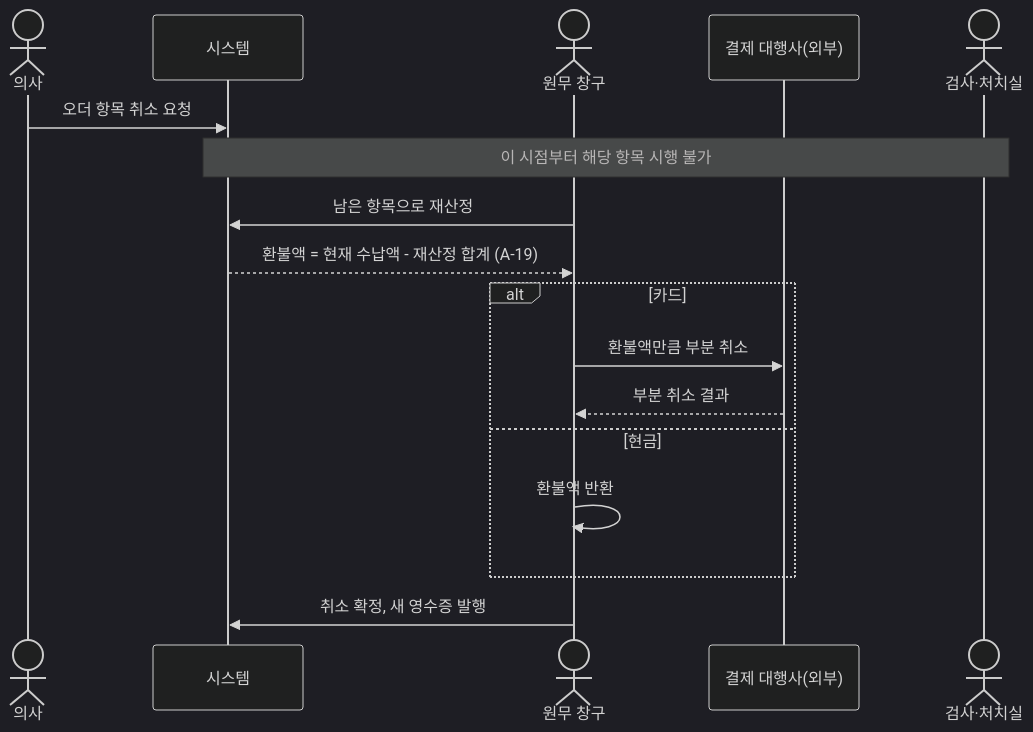
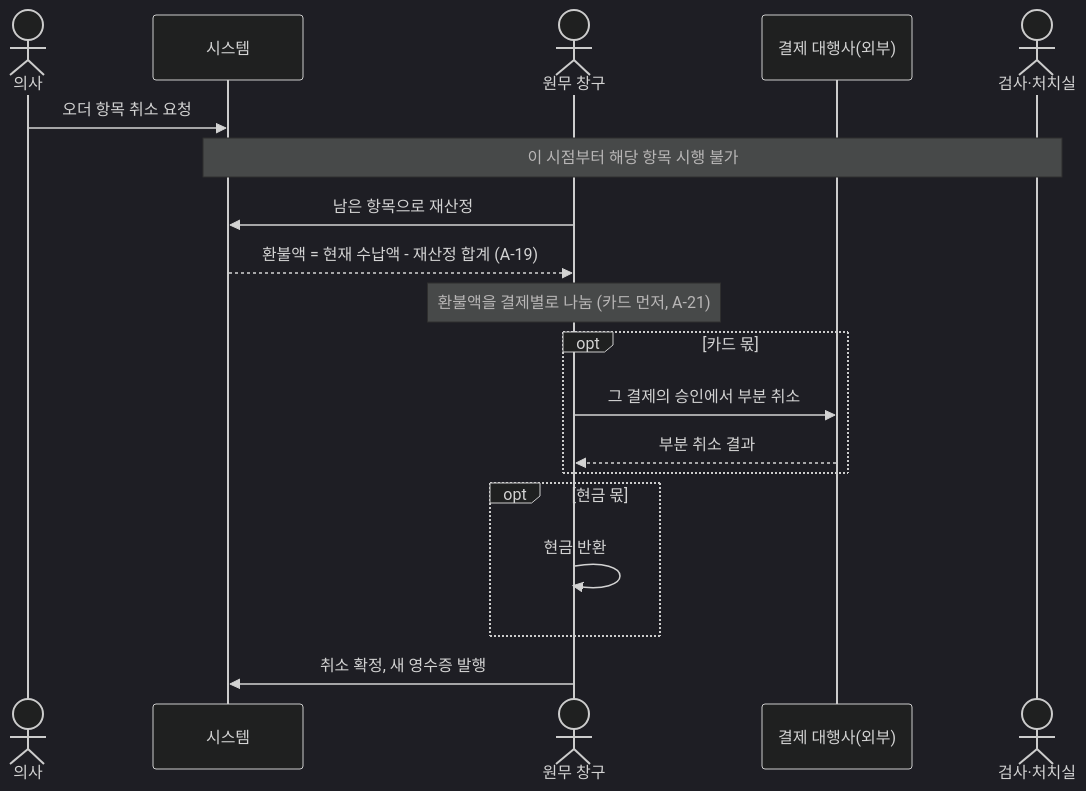
The third of 6 diagrams in docs/domain/01-flow.md (ITSTIME1/hts-emr), drawn with Mermaid (dark theme) before and after one commit. The commit also changed other lines of this file and 1 other file, not shown here.

````diff
--- a/docs/domain/01-flow.md
+++ b/docs/domain/01-flow.md
@@ -210,20 +212,22 @@
 ```mermaid
 sequenceDiagram
     actor 의사
     participant 시스템
     actor 원무 as 원무 창구
     participant 대행사 as 결제 대행사(외부)
     actor 검사실 as 검사·처치실
 
     의사->>시스템: 오더 항목 취소 요청
     Note over 시스템,검사실: 이 시점부터 해당 항목 시행 불가
     원무->>시스템: 남은 항목으로 재산정
     시스템-->>원무: 환불액 = 현재 수납액 - 재산정 합계 (A-19)
-    alt 카드
-        원무->>대행사: 환불액만큼 부분 취소
+    Note over 원무: 환불액을 결제별로 나눔 (카드 먼저, A-21)
+    opt 카드 몫
+        원무->>대행사: 그 결제의 승인에서 부분 취소
         대행사-->>원무: 부분 취소 결과
-    else 현금
-        원무->>원무: 환불액 반환
+    end
+    opt 현금 몫
+        원무->>원무: 현금 반환
     end
     원무->>시스템: 취소 확정, 새 영수증 발행
 ```
````
